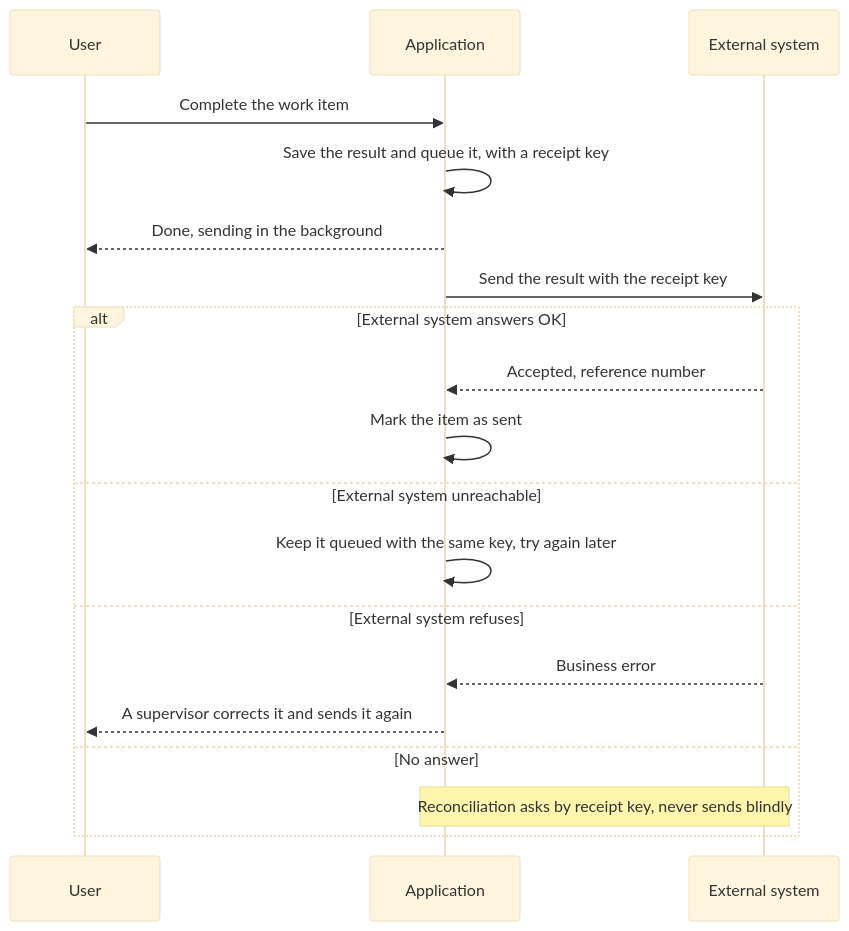
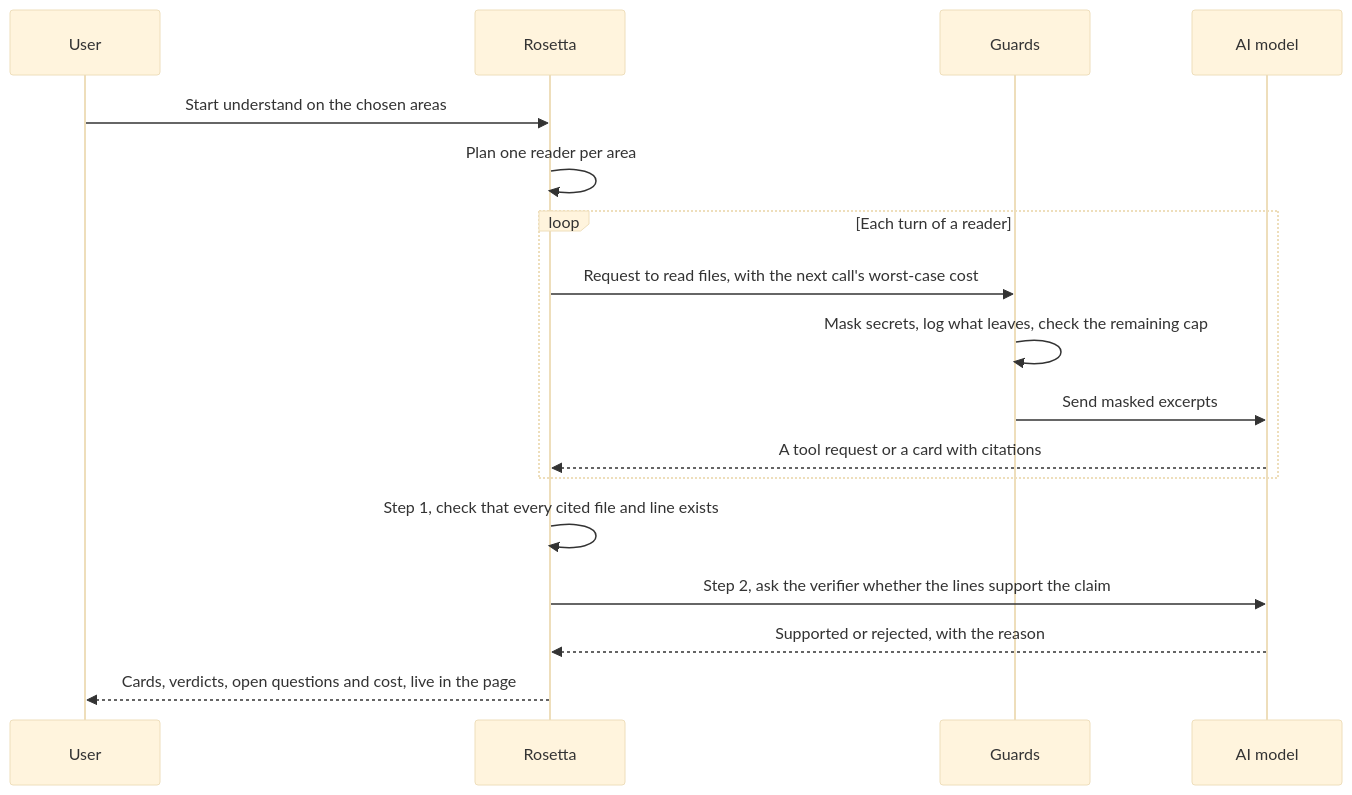
The second of 8 diagrams in docs/process-flows.md (blacklight0101/Rosetta), drawn with Mermaid (base theme) before and after one commit. The commit also changed other lines of this file and 7 other files, not shown here.

First line of the commit message:
docs: roadmap and process flows

````diff
--- a/docs/process-flows.md
+++ b/docs/process-flows.md
@@ -77,21 +63,19 @@
 ```mermaid
 sequenceDiagram
   participant U as User
-  participant App as Application
-  participant Ext as External system
-  U->>App: Complete the work item
-  App->>App: Save the result and queue it, with a receipt key
-  App-->>U: Done, sending in the background
-  App->>Ext: Send the result with the receipt key
-  alt External system answers OK
-    Ext-->>App: Accepted, reference number
-    App->>App: Mark the item as sent
-  else External system unreachable
-    App->>App: Keep it queued with the same key, try again later
-  else External system refuses
-    Ext-->>App: Business error
-    App-->>U: A supervisor corrects it and sends it again
-  else No answer
-    Note over App,Ext: Reconciliation asks by receipt key, never sends blindly
+  participant R as Rosetta
+  participant G as Guards
+  participant M as AI model
+  U->>R: Start understand on the chosen areas
+  R->>R: Plan one reader per area
+  loop Each turn of a reader
+    R->>G: Request to read files, with the next call's worst-case cost
+    G->>G: Mask secrets, log what leaves, check the remaining cap
+    G->>M: Send masked excerpts
+    M-->>R: A tool request or a card with citations
   end
+  R->>R: Step 1, check that every cited file and line exists
+  R->>M: Step 2, ask the verifier whether the lines support the claim
+  M-->>R: Supported or rejected, with the reason
+  R-->>U: Cards, verdicts, open questions and cost, live in the page
 ```
````
